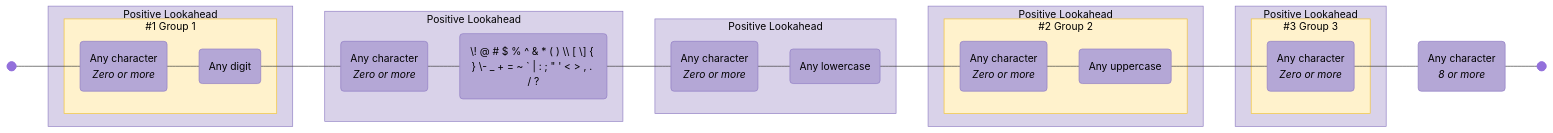
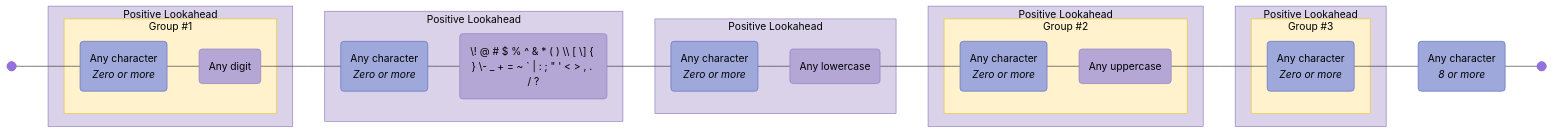
The diagram in diagrams/password-requirements.mermaid (tayles/regex-to-mermaid), drawn with Mermaid before and after one commit. The commit also changed 58 other files, not shown here.

```diff
--- a/diagrams/password-requirements.mermaid
+++ b/diagrams/password-requirements.mermaid
@@ -1,79 +1,80 @@
 graph LR
   accTitle: "Regex: (?=(.*[0-9]))(?=.*[\\!@#$%^&*()\\\\[\\]{}\\-_+=~`|:;\"'<>,./?])(?=.*[a-z])(?=(.*[A-Z]))(?=(.*)).{8,}"
   accDescr: "Generated with regex-to-mermaid@1.1.0"
 
   %% Nodes
   start@{ shape: f-circ };
   fin@{ shape: f-circ };
-  char_class_1("Any character<br><i>Zero or more</i>"):::char-class;
-  char_class_2("Any digit"):::char-class;
-  char_class_3("Any character<br><i>Zero or more</i>"):::char-class;
-  char_class_4("\! @ # $ % ^ & * ( ) \\ [ \] { } \- _ + = ~ ` | : ; #quot; ' < > , . / ?"):::char-class;
-  char_class_5("Any character<br><i>Zero or more</i>"):::char-class;
-  char_class_6("Any lowercase"):::char-class;
-  char_class_7("Any character<br><i>Zero or more</i>"):::char-class;
-  char_class_8("Any uppercase"):::char-class;
-  char_class_9("Any character<br><i>Zero or more</i>"):::char-class;
-  char_class_10("Any character<br><i>8 or more</i>"):::char-class;
+  char_set_1("Any character<br><i>Zero or more</i>"):::char-set;
+  char_class_1("Any digit"):::char-class;
+  char_set_2("Any character<br><i>Zero or more</i>"):::char-set;
+  char_class_2("\! @ # $ % ^ & * ( ) \\ [ \] { } \- _ + = ~ ` | : ; #quot; ' < > , . / ?"):::char-class;
+  char_set_3("Any character<br><i>Zero or more</i>"):::char-set;
+  char_class_3("Any lowercase"):::char-class;
+  char_set_4("Any character<br><i>Zero or more</i>"):::char-set;
+  char_class_4("Any uppercase"):::char-class;
+  char_set_5("Any character<br><i>Zero or more</i>"):::char-set;
+  char_set_6("Any character<br><i>8 or more</i>"):::char-set;
 
   %% Subgraphs
-  subgraph standard_1 ["#1 Group 1"]
+  subgraph standard_1 ["Group #1"]
+    char_set_1
     char_class_1
-    char_class_2
   end
 
   subgraph positive_lookahead_1 ["Positive Lookahead"]
     standard_1
   end
 
   subgraph positive_lookahead_2 ["Positive Lookahead"]
-    char_class_3
-    char_class_4
+    char_set_2
+    char_class_2
   end
 
   subgraph positive_lookahead_3 ["Positive Lookahead"]
-    char_class_5
-    char_class_6
+    char_set_3
+    char_class_3
   end
 
-  subgraph standard_2 ["#2 Group 2"]
-    char_class_7
-    char_class_8
+  subgraph standard_2 ["Group #2"]
+    char_set_4
+    char_class_4
   end
 
   subgraph positive_lookahead_4 ["Positive Lookahead"]
     standard_2
   end
 
-  subgraph standard_3 ["#3 Group 3"]
-    char_class_9
+  subgraph standard_3 ["Group #3"]
+    char_set_5
   end
 
   subgraph positive_lookahead_5 ["Positive Lookahead"]
     standard_3
   end
 
   %% Edges
-  start --- char_class_1;
-  char_class_1 --- char_class_2;
-  char_class_2 --- char_class_3;
-  char_class_3 --- char_class_4;
-  char_class_4 --- char_class_5;
-  char_class_5 --- char_class_6;
-  char_class_6 --- char_class_7;
-  char_class_7 --- char_class_8;
-  char_class_8 --- char_class_9;
-  char_class_9 --- char_class_10;
-  char_class_10 --- fin;
+  start --- char_set_1;
+  char_set_1 --- char_class_1;
+  char_class_1 --- char_set_2;
+  char_set_2 --- char_class_2;
+  char_class_2 --- char_set_3;
+  char_set_3 --- char_class_3;
+  char_class_3 --- char_set_4;
+  char_set_4 --- char_class_4;
+  char_class_4 --- char_set_5;
+  char_set_5 --- char_set_6;
+  char_set_6 --- fin;
 
   %% Styles
   %% Node Styling
+  classDef char-set fill:#9FA8DA,stroke:#5C6BC0,color:#000000;
   classDef char-class fill:#B4A7D6,stroke:#8E7CC3,color:#000000;
 
   %% Group Styling
   classDef standard fill:#FFF2CC,stroke:#F1C232,color:#000000;
   classDef positive-lookahead fill:#D9D2E9,stroke:#8E7CC3,color:#000000;
 
   %% Apply Group Classes
   class standard_1,standard_2,standard_3 standard;
   class positive_lookahead_1,positive_lookahead_2,positive_lookahead_3,positive_lookahead_4,positive_lookahead_5 positive-lookahead;
```
